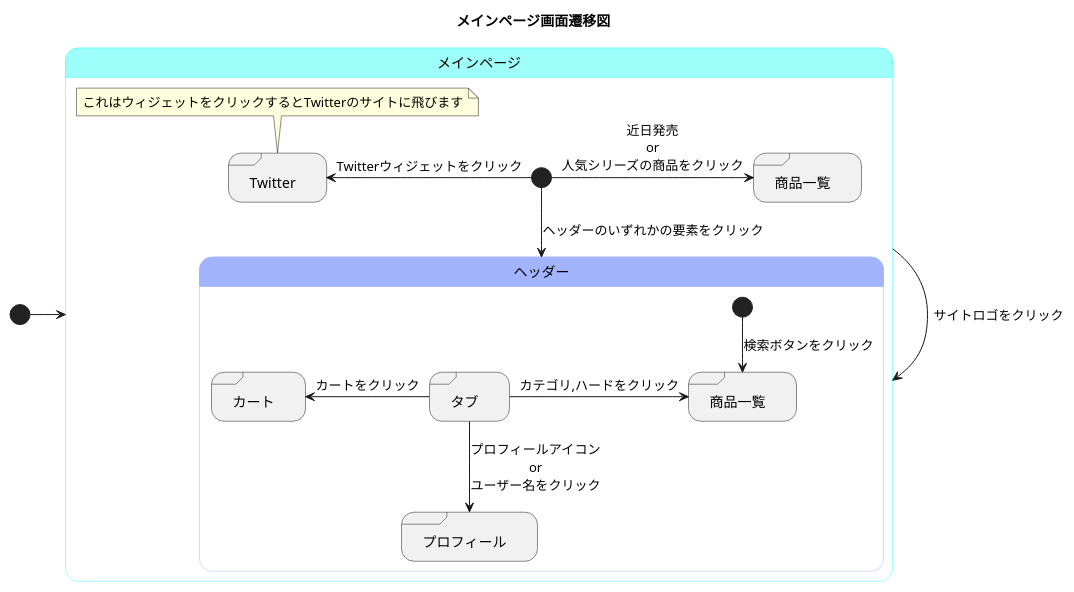
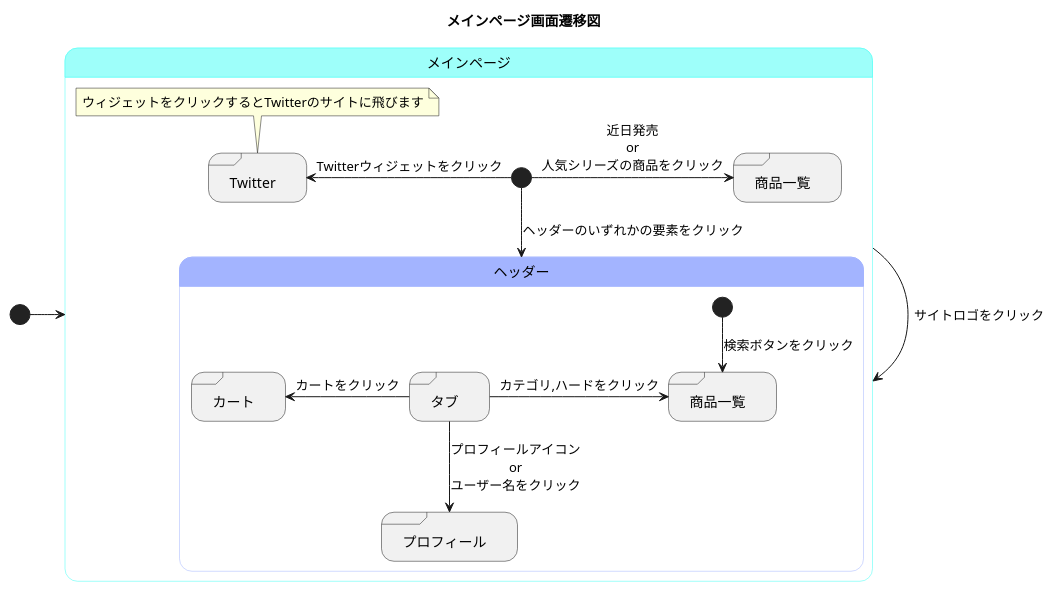
Before and after one commit to akutori/T-D-E: the diagram in メインページ.md, drawn with PlantUML.

Commit message:
誤記の削除

````diff
--- a/メインページ.md
+++ b/メインページ.md
@@ -1,45 +1,45 @@
 ```uml
 @startuml
 title メインページ画面遷移図
 
 [*]->メインページ
 state メインページ<<mainpage>>{
 
     state "商品一覧" as maintogoods<<sdlreceive>>
     state "Twitter"<<sdlreceive>>
 
     メインページ -> メインページ : サイトロゴをクリック
     [*]-->ヘッダー : ヘッダーのいずれかの要素をクリック
     [*]-> maintogoods : 近日発売\nor\n人気シリーズの商品をクリック
     [*]-left->Twitter : Twitterウィジェットをクリック
     note top of Twitter
-        これはウィジェットをクリックするとTwitterのサイトに飛びます
+        ウィジェットをクリックするとTwitterのサイトに飛びます
     end note
 
     
 
     state ヘッダー<<state_headder>>{
 
         state "タブ" as tab <<sdlreceive>>
         state "カート" as cart <<sdlreceive>>
         state "プロフィール" as profile <<sdlreceive>>
         state "商品一覧" as goods<<sdlreceive>>
 
         [*]-->goods : 検索ボタンをクリック
         tab ->goods : カテゴリ,ハードをクリック
         tab -left->cart : カートをクリック
         tab -->profile : プロフィールアイコン\nor\nユーザー名をクリック
 
 
     }
 }
 
 
 skinparam stateBorderColor<<mainpage>> #40fff5
 state メインページ #9efffa
 
 skinparam stateBorderColor<<state_headder>> #a3b4ff
 state ヘッダー #a3b4ff
 state Twitter #ffcfcf
 @enduml
 ```
````
